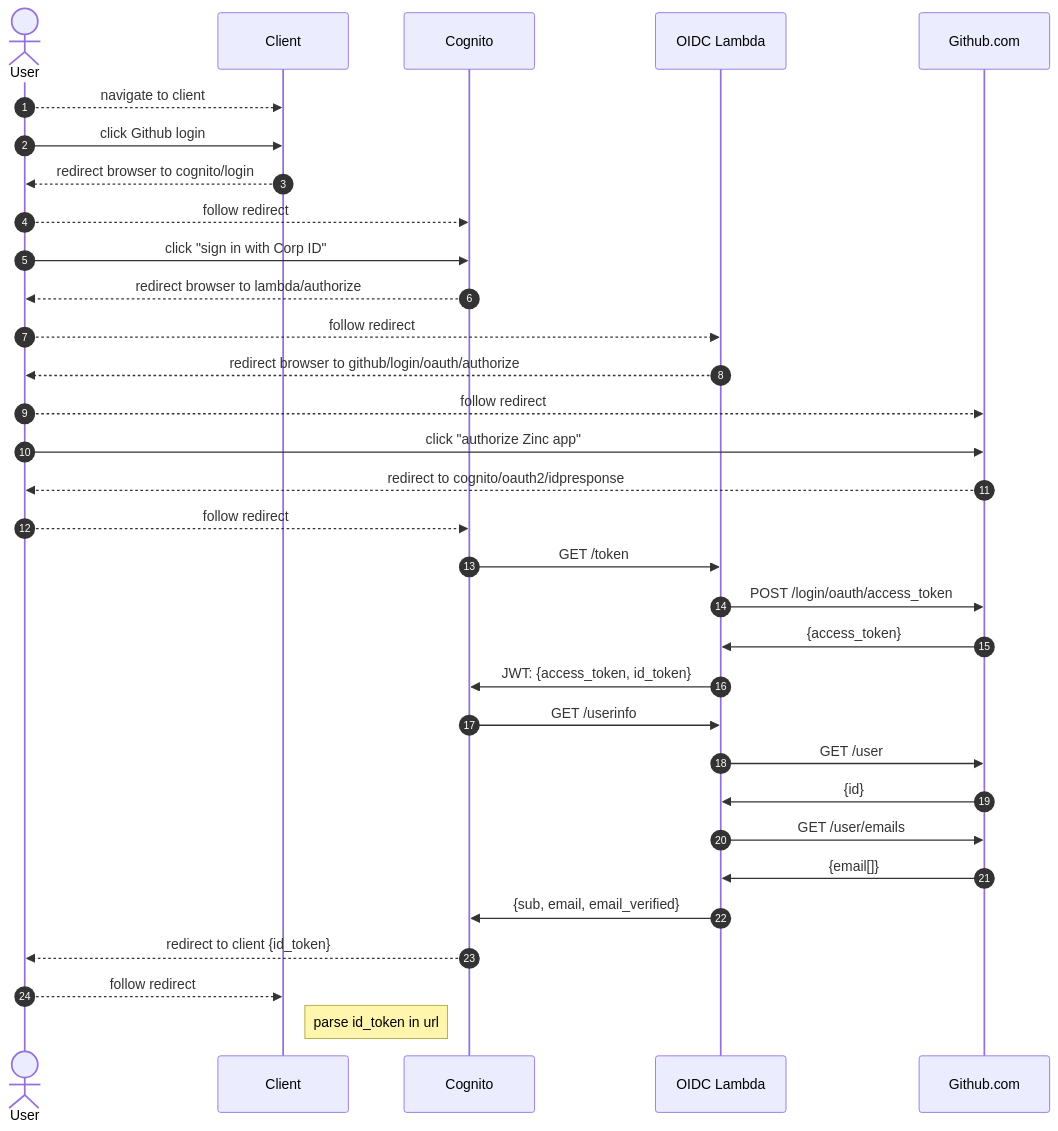
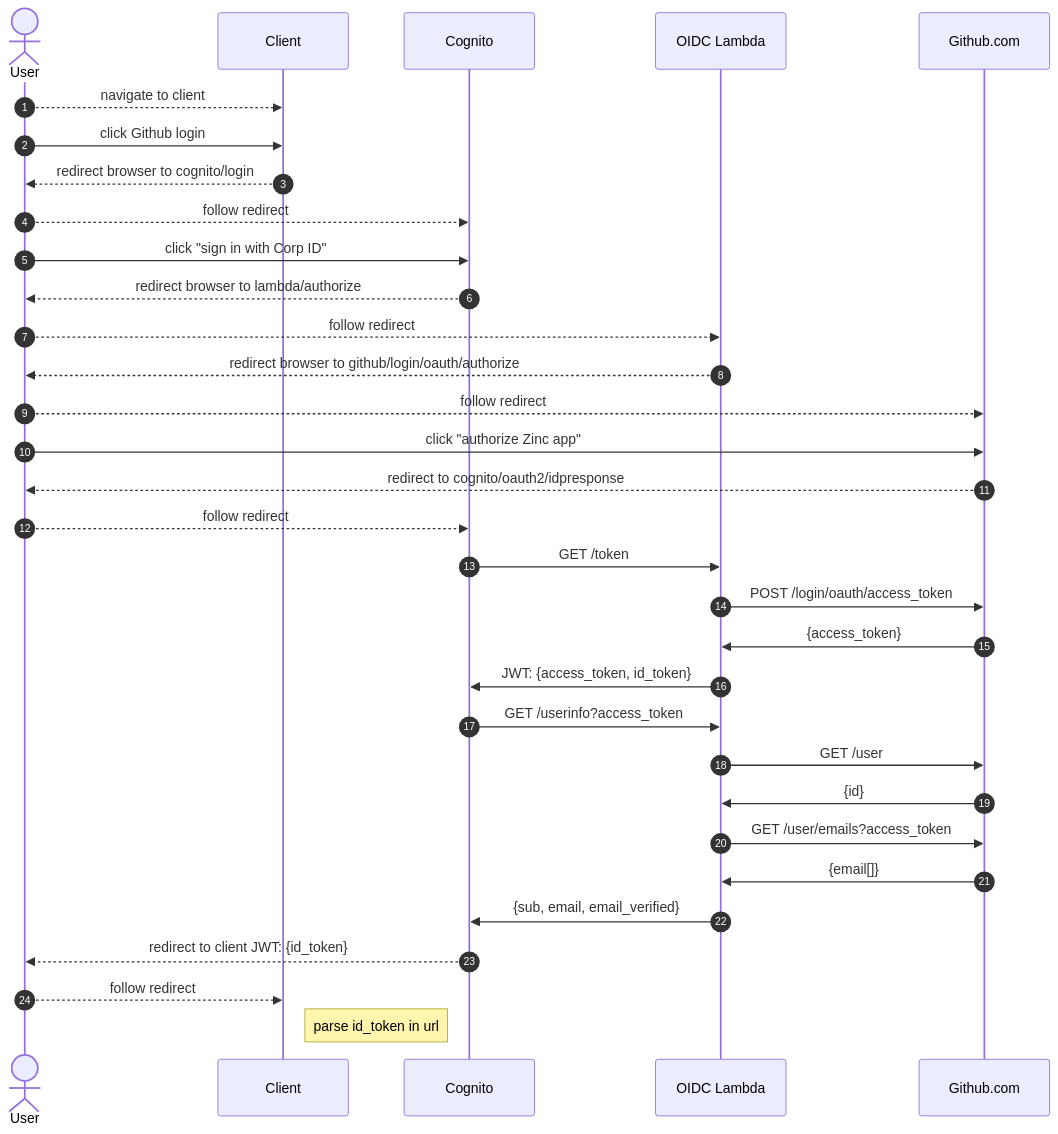
Before and after one commit to shorn/zinc: the diagram in aws-infra/lambda/doc/cognito-github.md, drawn with Mermaid.

````diff
--- a/aws-infra/lambda/doc/cognito-github.md
+++ b/aws-infra/lambda/doc/cognito-github.md
@@ -47,36 +47,36 @@
 ```mermaid
 sequenceDiagram
     autonumber
     actor user as User
     participant client as Client
     participant cognito as Cognito
     participant lambda as OIDC Lambda
     participant github as Github.com
     
     user-->>client: navigate to client
     user->>client: click Github login
     client-->>user: redirect browser to cognito/login
     user-->>cognito: follow redirect
     user->>cognito: click "sign in with Corp ID"
     cognito-->>user: redirect browser to lambda/authorize
     user-->>lambda: follow redirect
     lambda-->>user: redirect browser to github/login/oauth/authorize
     user-->>github: follow redirect
     user->>github: click "authorize Zinc app"
     github-->>user: redirect to cognito/oauth2/idpresponse
     user-->>cognito: follow redirect
     cognito->>lambda: GET /token
     lambda->>github: POST /login/oauth/access_token
     github->>lambda: {access_token}
     lambda->>cognito: JWT: {access_token, id_token}
-    cognito->>lambda: GET /userinfo
+    cognito->>lambda: GET /userinfo?access_token
     lambda->>github: GET /user
     github->>lambda: {id}
-    lambda->>github: GET /user/emails
+    lambda->>github: GET /user/emails?access_token
     github->>lambda: {email[]}
     lambda->>cognito: {sub, email, email_verified}
-    cognito-->>user: redirect to client {id_token}
+    cognito-->>user: redirect to client JWT: {id_token}
     user-->>client: follow redirect
     Note right of client: parse id_token in url
 
 ```
````
